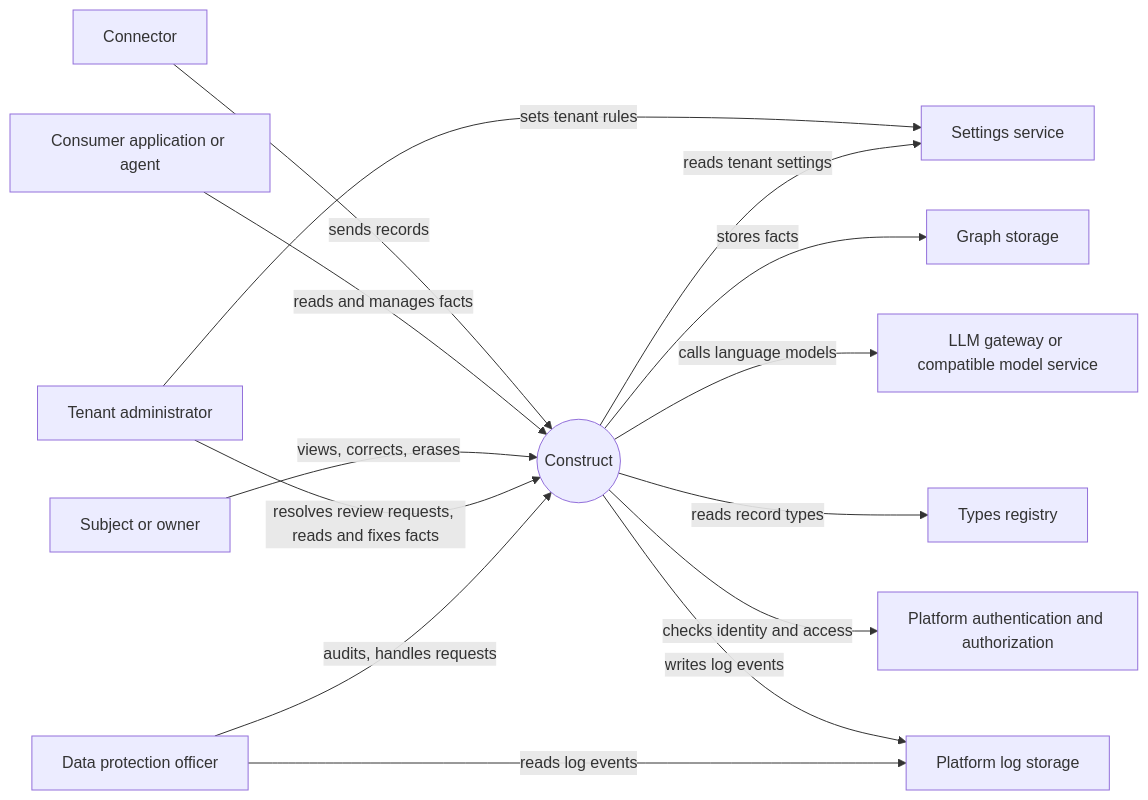
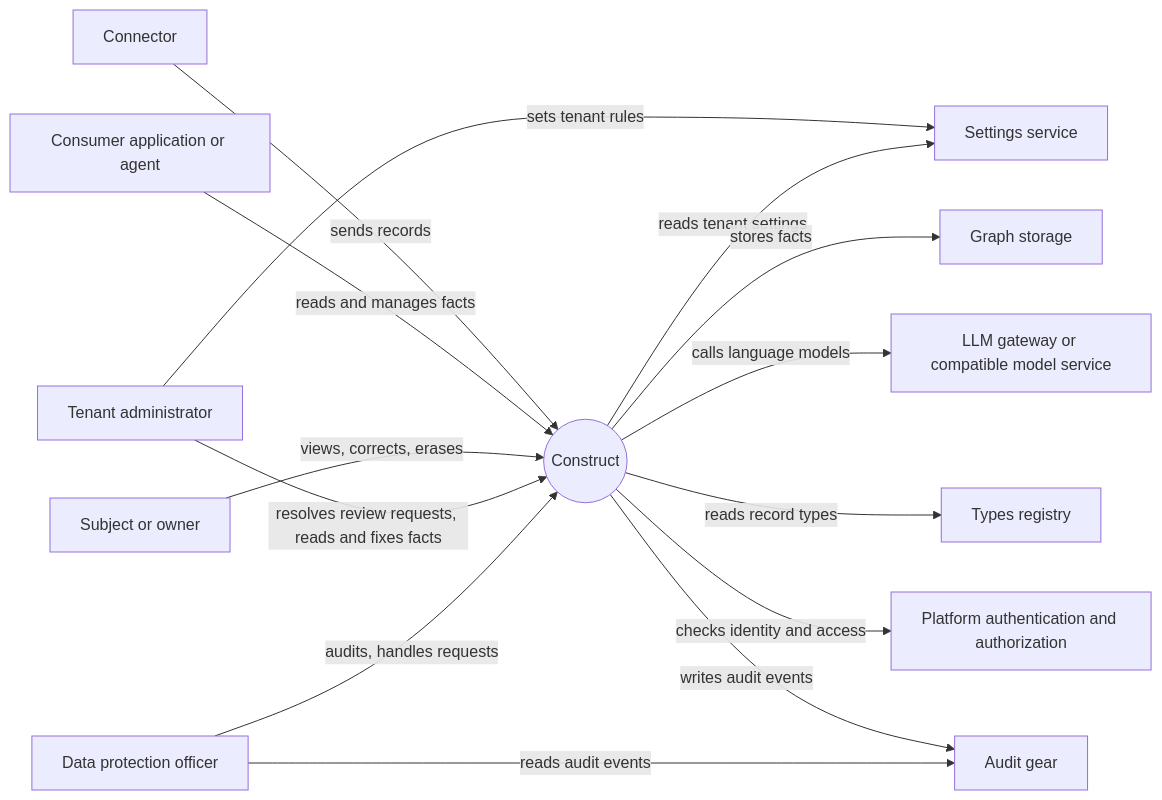
The diagram in gears/construct/docs/PRD.md (AndIConstructor/gears-rust), drawn with Mermaid before and after one commit. The commit also changed other lines of this file and 4 other files, not shown here.

````diff
--- a/gears/construct/docs/PRD.md
+++ b/gears/construct/docs/PRD.md
@@ -55,16 +55,16 @@
 ```mermaid
 flowchart LR
     CN["Connector"] -->|"sends records"| C(("Construct"))
     APP["Consumer application or agent"] -->|"reads and manages facts"| C
     S["Subject or owner"] -->|"views, corrects, erases"| C
     TA["Tenant administrator"] -->|"resolves review requests, reads and fixes facts"| C
     TA -->|"sets tenant rules"| SS["Settings service"]
     C -->|"reads tenant settings"| SS
     DPO["Data protection officer"] -->|"audits, handles requests"| C
     C -->|"stores facts"| GS["Graph storage"]
     C -->|"calls language models"| LG["LLM gateway or compatible model service"]
     C -->|"reads record types"| TR["Types registry"]
     C -->|"checks identity and access"| AU["Platform authentication and authorization"]
-    C -->|"writes log events"| LS["Platform log storage"]
-    DPO -->|"reads log events"| LS
+    C -->|"writes audit events"| LS["Audit gear"]
+    DPO -->|"reads audit events"| LS
 ```
````
